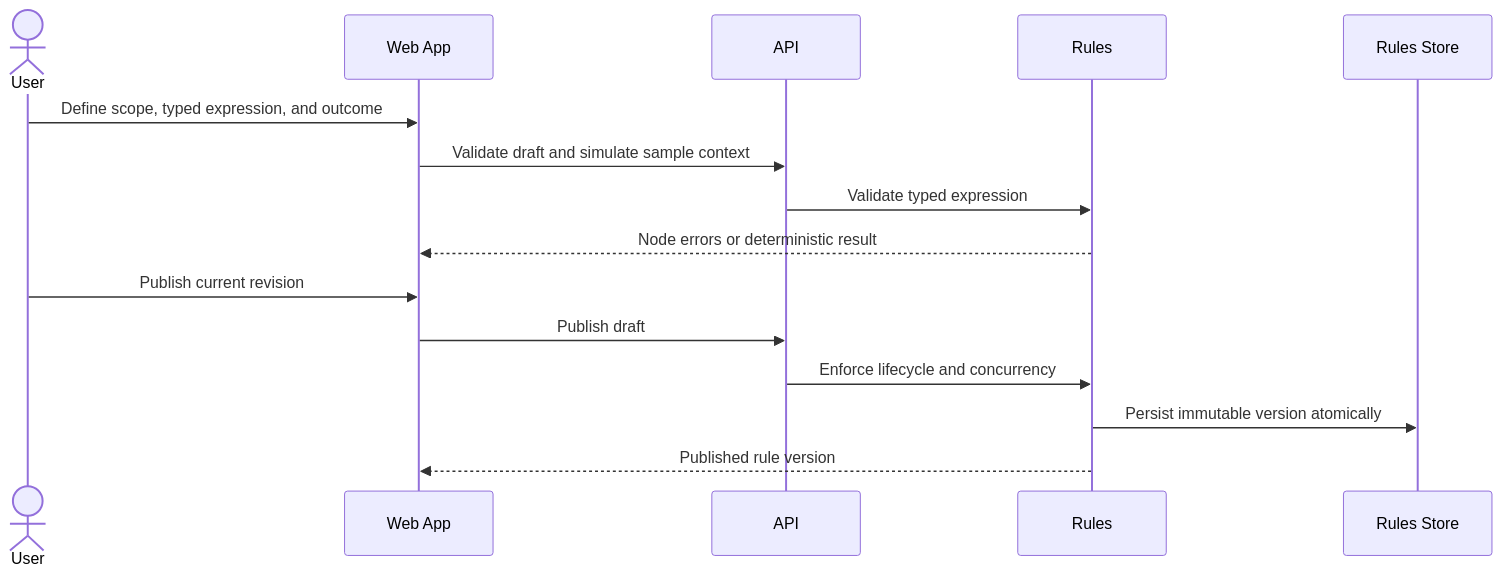
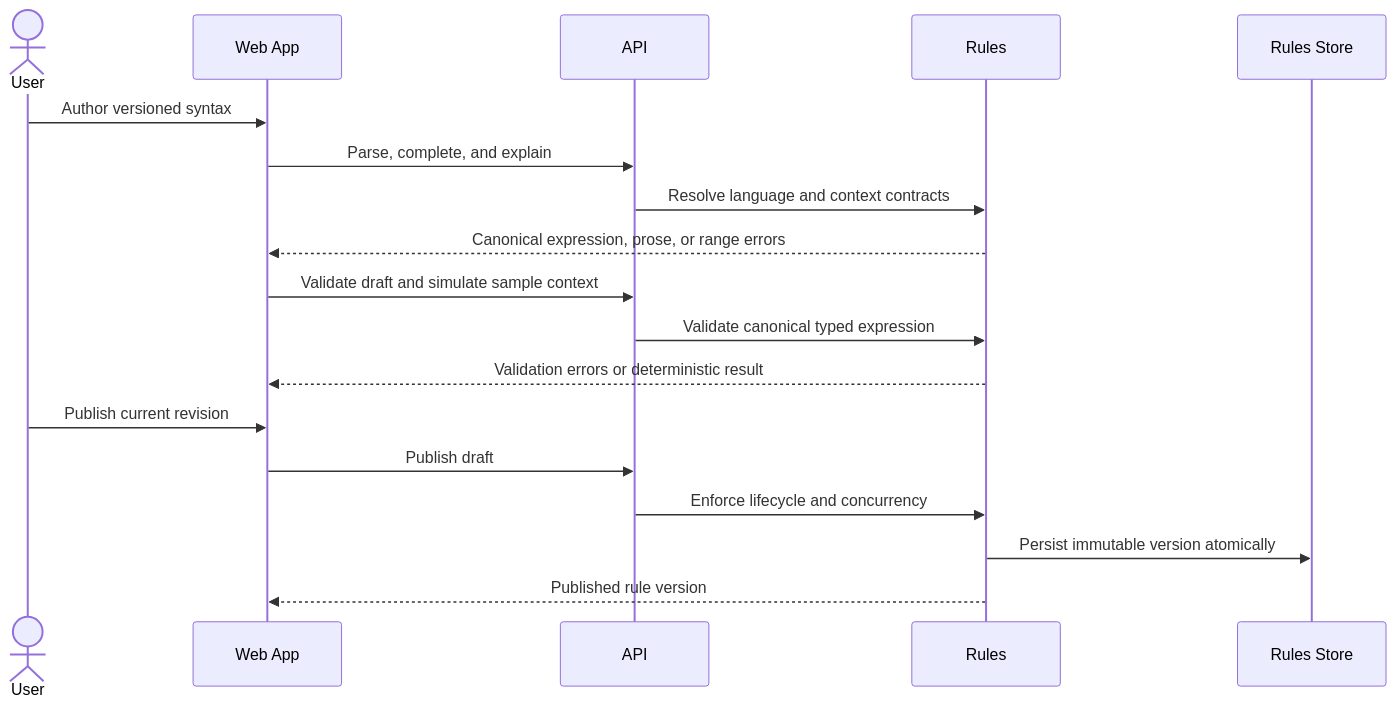
One commit to phuongnse/axis changed the second of 2 diagrams in docs/use-cases/rules/manage-workspace-rule-definitions.md. Above: the diagram before and after it, drawn with Mermaid. The commit also changed other lines of this file and 139 other files, not shown here.

````diff
--- a/docs/use-cases/rules/manage-workspace-rule-definitions.md
+++ b/docs/use-cases/rules/manage-workspace-rule-definitions.md
@@ -127,18 +132,21 @@
 ```mermaid
 sequenceDiagram
   actor User
   participant Web as Web App
   participant API as API
   participant Rules as Rules
   participant Store as Rules Store
 
-  User->>Web: Define scope, typed expression, and outcome
+  User->>Web: Author versioned syntax
+  Web->>API: Parse, complete, and explain
+  API->>Rules: Resolve language and context contracts
+  Rules-->>Web: Canonical expression, prose, or range errors
   Web->>API: Validate draft and simulate sample context
-  API->>Rules: Validate typed expression
-  Rules-->>Web: Node errors or deterministic result
+  API->>Rules: Validate canonical typed expression
+  Rules-->>Web: Validation errors or deterministic result
   User->>Web: Publish current revision
   Web->>API: Publish draft
   API->>Rules: Enforce lifecycle and concurrency
   Rules->>Store: Persist immutable version atomically
   Rules-->>Web: Published rule version
 ```
````
